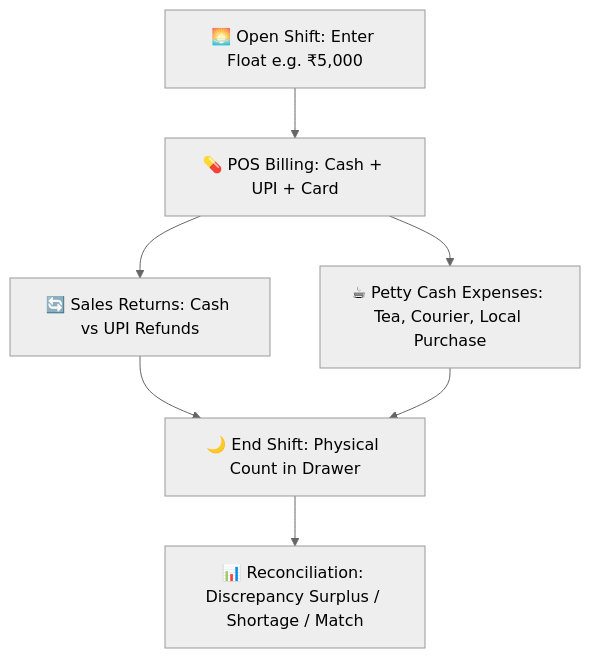
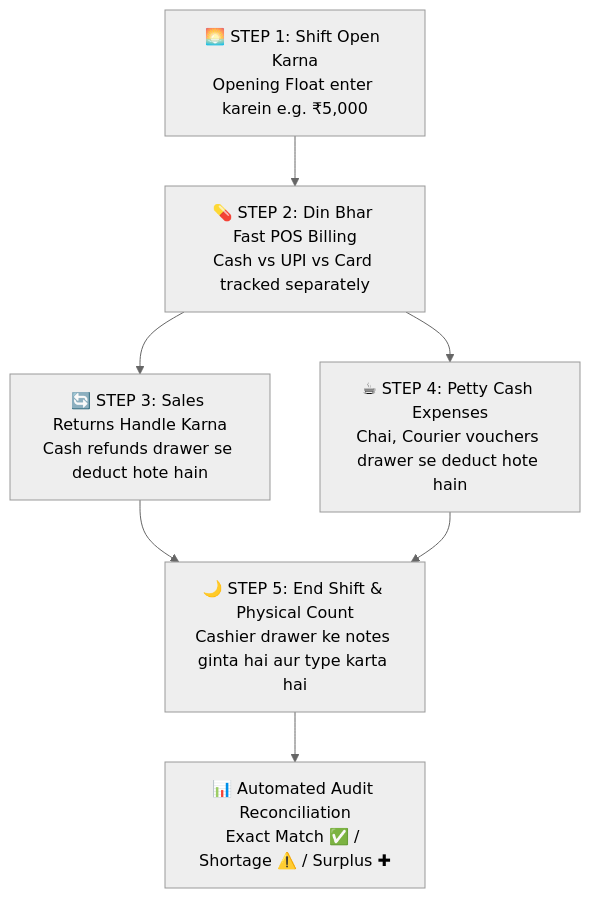
One commit to ck724280-gif/medical_inventiroy changed the diagram in read-me/cash_register.md. Above: the diagram before and after it, drawn with Mermaid (neutral theme). The commit also changed other lines of this file and 23 other files, not shown here.

````diff
--- a/read-me/cash_register.md
+++ b/read-me/cash_register.md
@@ -12,9 +26,9 @@
 ```mermaid
 graph TD
-    A[🌅 Open Shift: Enter Float e.g. ₹5,000] --> B[💊 POS Billing: Cash + UPI + Card]
-    B --> C[🔄 Sales Returns: Cash vs UPI Refunds]
-    B --> D[☕ Petty Cash Expenses: Tea, Courier, Local Purchase]
-    C --> E[🌙 End Shift: Physical Count in Drawer]
+    A[🌅 STEP 1: Shift Open Karna<br/>Opening Float enter karein e.g. ₹5,000] --> B[💊 STEP 2: Din Bhar Fast POS Billing<br/>Cash vs UPI vs Card tracked separately]
+    B --> C[🔄 STEP 3: Sales Returns Handle Karna<br/>Cash refunds drawer se deduct hote hain]
+    B --> D[☕ STEP 4: Petty Cash Expenses<br/>Chai, Courier vouchers drawer se deduct hote hain]
+    C --> E[🌙 STEP 5: End Shift & Physical Count<br/>Cashier drawer ke notes ginta hai aur type karta hai]
     D --> E
-    E --> F[📊 Reconciliation: Discrepancy Surplus / Shortage / Match]
+    E --> F[📊 Automated Audit Reconciliation<br/>Exact Match ✅ / Shortage ⚠️ / Surplus ✚]
 ```
````
